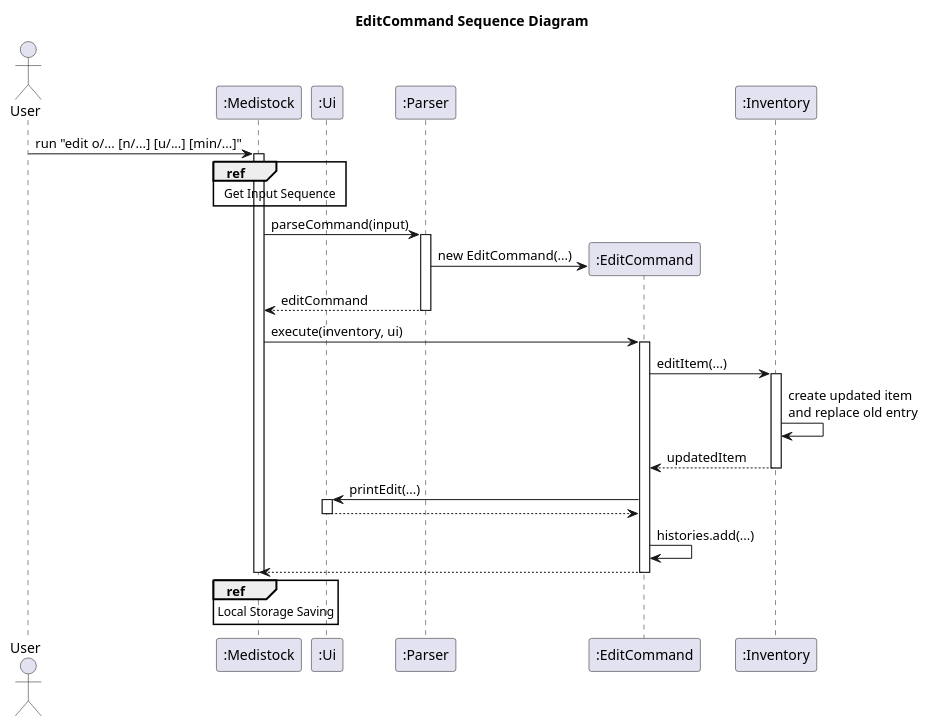
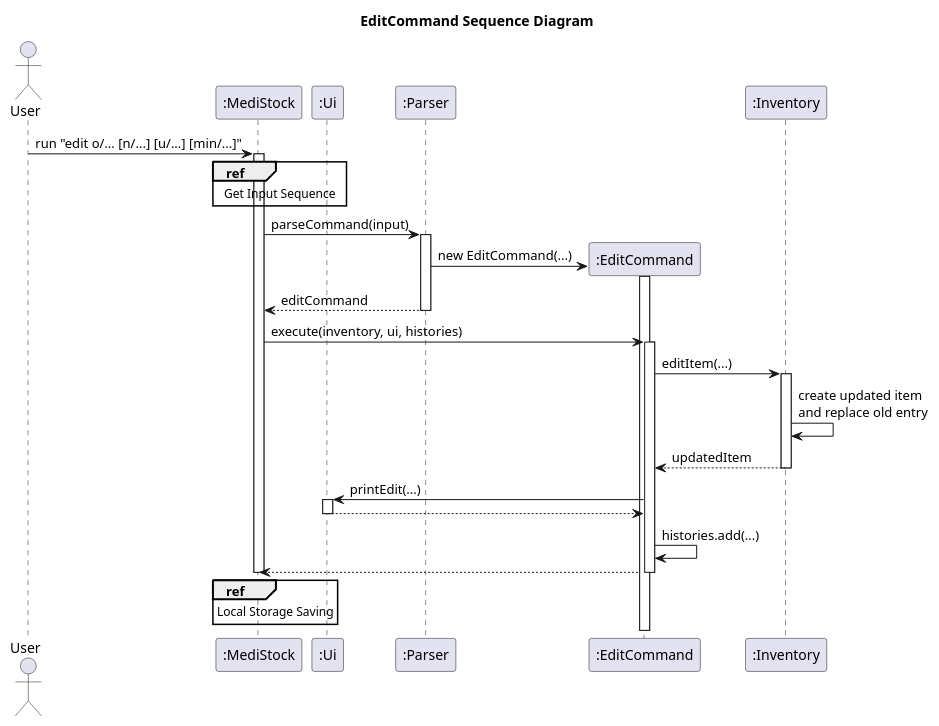
One commit to Yonish18/tp changed the diagram in docs/uml/EditCommandSequenceDiagram.puml. Above: the diagram before and after it, drawn with PlantUML. The commit also changed 3 other files, not shown here.

Commit message:
Update CreateCommand and EditCommand UML Diagram in DG

```diff
--- a/docs/uml/EditCommandSequenceDiagram.puml
+++ b/docs/uml/EditCommandSequenceDiagram.puml
@@ -1,46 +1,47 @@
 @startuml
 title EditCommand Sequence Diagram
 
 actor User
-participant ":Medistock" as App
+participant ":MediStock" as App
 participant ":Ui" as Ui
 participant ":Parser" as Parser
 participant ":EditCommand" as EditCommand
 participant ":Inventory" as Inventory
 
 User -> App : run "edit o/... [n/...] [u/...] [min/...]"
 activate App
 ref over App, Ui
     Get Input Sequence
 end
 
 App -> Parser : parseCommand(input)
 activate Parser
 create EditCommand
-Parser -> EditCommand : new EditCommand(...)
+Parser -> EditCommand ++ : new EditCommand(...)
+deactivate EditCommand
 Parser --> App : editCommand
 deactivate Parser
 
-App -> EditCommand : execute(inventory, ui)
+App -> EditCommand : execute(inventory, ui, histories)
 activate EditCommand
 
 EditCommand -> Inventory : editItem(...)
 activate Inventory
 Inventory -> Inventory : create updated item\nand replace old entry
 Inventory --> EditCommand : updatedItem
 deactivate Inventory
 
 EditCommand -> Ui : printEdit(...)
 activate Ui
 Ui --> EditCommand
 deactivate Ui
 
 EditCommand -> EditCommand : histories.add(...)
 EditCommand --> App
 deactivate EditCommand
 
 ref over App
     Local Storage Saving
 end
 deactivate App
 @enduml
```
